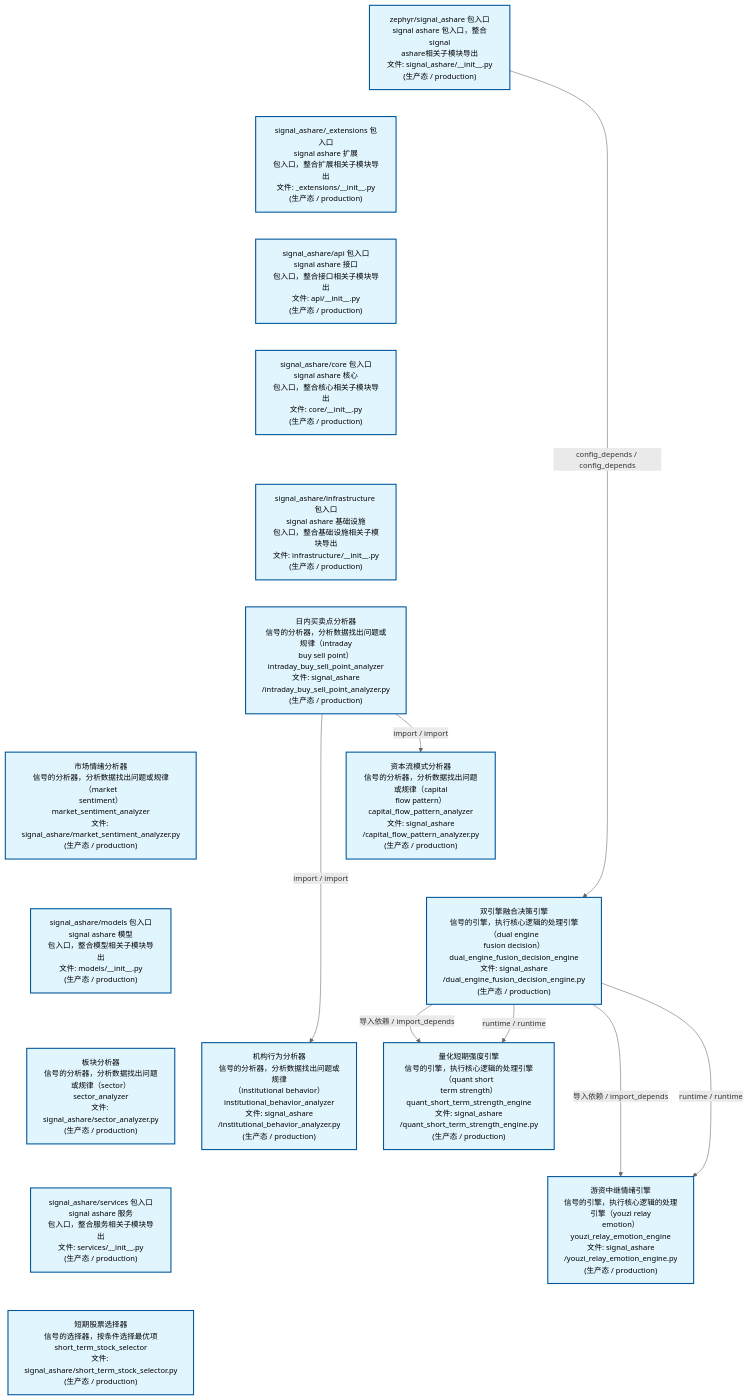
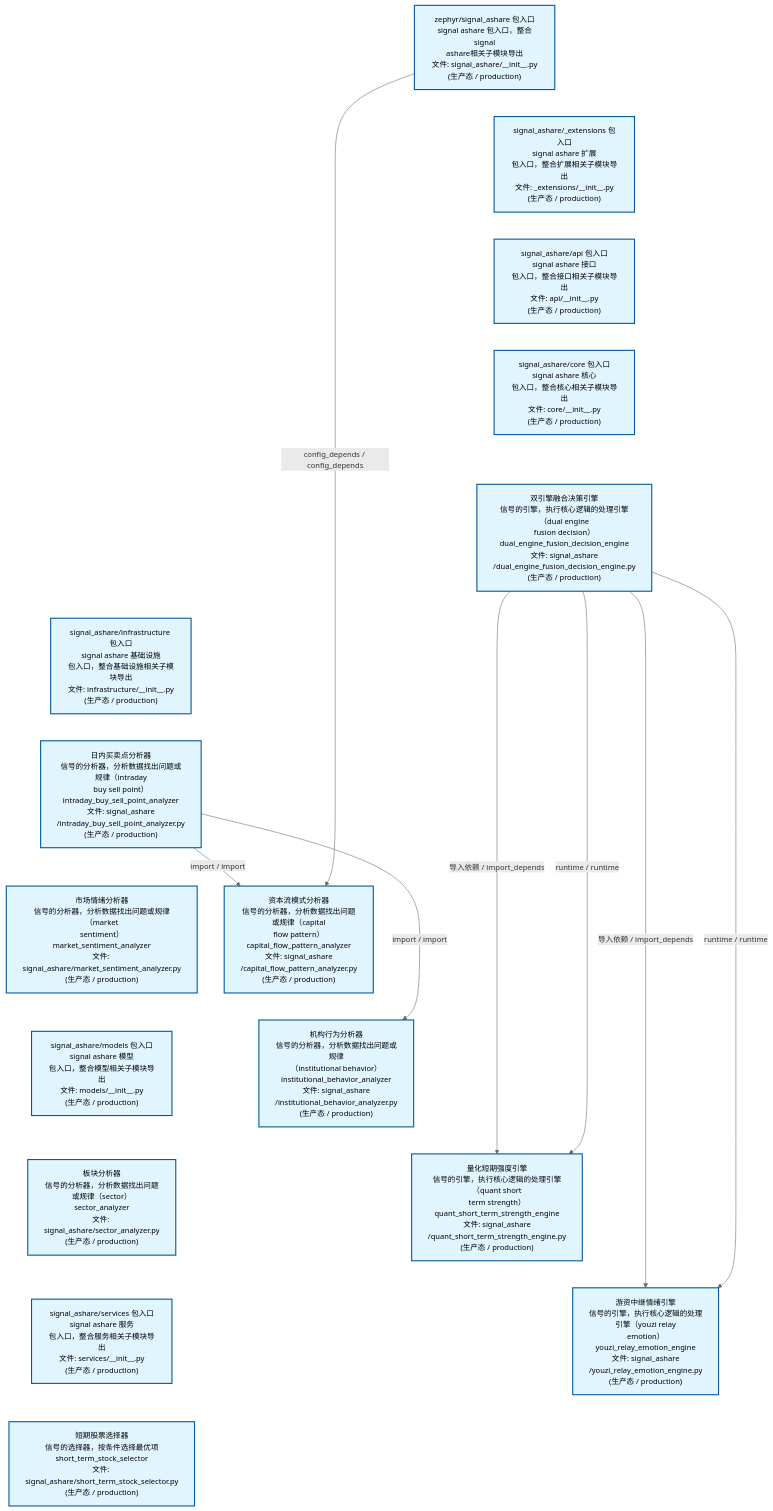
One commit to xuanFelixVan/ZephyrAlpha changed the second of 4 diagrams in docs/02_enterprise_architecture/02_domain_architecture_docs/32_d_ashare_signal.md. Above: the diagram before and after it, drawn with Mermaid. The commit also changed other lines of this file and 69 other files, not shown here.

````diff
--- a/docs/02_enterprise_architecture/02_domain_architecture_docs/32_d_ashare_signal.md
+++ b/docs/02_enterprise_architecture/02_domain_architecture_docs/32_d_ashare_signal.md
@@ -111,45 +114,46 @@
 ```mermaid
 %%{init: {'theme': 'base', 'themeVariables': {'primaryColor': '#eaeaea', 'primaryTextColor': '#333333', 'primaryBorderColor': '#666666', 'lineColor': '#666666', 'secondaryColor': '#eaeaea', 'tertiaryColor': '#eaeaea', 'fontSize': '14px'}}}%%
 flowchart TD
     src_zephyr_signal_ashare_init_py["zephyr/signal_ashare 包入口<br/>signal ashare 包入口，整合signal<br/>ashare相关子模块导出<br/>文件: signal_ashare/__init__.py<br/>(生产态 / production)"]
     src_zephyr_signal_ashare_extensions_init_py["signal_ashare/_extensions 包入口<br/>signal ashare 扩展<br/>包入口，整合扩展相关子模块导出<br/>文件: _extensions/__init__.py<br/>(生产态 / production)"]
     src_zephyr_signal_ashare_api_init_py["signal_ashare/api 包入口<br/>signal ashare 接口<br/>包入口，整合接口相关子模块导出<br/>文件: api/__init__.py<br/>(生产态 / production)"]
     src_zephyr_signal_ashare_core_init_py["signal_ashare/core 包入口<br/>signal ashare 核心<br/>包入口，整合核心相关子模块导出<br/>文件: core/__init__.py<br/>(生产态 / production)"]
+    src_zephyr_signal_ashare_dual_engine_fusion_decision_engine_py["双引擎融合决策引擎<br/>信号的引擎，执行核心逻辑的处理引擎（dual engine<br/>fusion decision）<br/>dual_engine_fusion_decision_engine<br/>文件: signal_ashare<br/>/dual_engine_fusion_decision_engine.py<br/>(生产态 / production)"]
     src_zephyr_signal_ashare_infrastructure_init_py["signal_ashare/infrastructure 包入口<br/>signal ashare 基础设施<br/>包入口，整合基础设施相关子模块导出<br/>文件: infrastructure/__init__.py<br/>(生产态 / production)"]
     src_zephyr_signal_ashare_intraday_buy_sell_point_analyzer_py["日内买卖点分析器<br/>信号的分析器，分析数据找出问题或规律（intraday<br/>buy sell point）<br/>intraday_buy_sell_point_analyzer<br/>文件: signal_ashare<br/>/intraday_buy_sell_point_analyzer.py<br/>(生产态 / production)"]
     src_zephyr_signal_ashare_market_sentiment_analyzer_py["市场情绪分析器<br/>信号的分析器，分析数据找出问题或规律（market<br/>sentiment）<br/>market_sentiment_analyzer<br/>文件: signal_ashare/market_sentiment_analyzer.py<br/>(生产态 / production)"]
     src_zephyr_signal_ashare_models_init_py["signal_ashare/models 包入口<br/>signal ashare 模型<br/>包入口，整合模型相关子模块导出<br/>文件: models/__init__.py<br/>(生产态 / production)"]
     src_zephyr_signal_ashare_sector_analyzer_py["板块分析器<br/>信号的分析器，分析数据找出问题或规律（sector）<br/>sector_analyzer<br/>文件: signal_ashare/sector_analyzer.py<br/>(生产态 / production)"]
     src_zephyr_signal_ashare_services_init_py["signal_ashare/services 包入口<br/>signal ashare 服务<br/>包入口，整合服务相关子模块导出<br/>文件: services/__init__.py<br/>(生产态 / production)"]
     src_zephyr_signal_ashare_short_term_stock_selector_py["短期股票选择器<br/>信号的选择器，按条件选择最优项<br/>short_term_stock_selector<br/>文件: signal_ashare/short_term_stock_selector.py<br/>(生产态 / production)"]
     src_zephyr_signal_ashare_init_py ~~~ src_zephyr_signal_ashare_extensions_init_py
     src_zephyr_signal_ashare_extensions_init_py ~~~ src_zephyr_signal_ashare_api_init_py
     src_zephyr_signal_ashare_api_init_py ~~~ src_zephyr_signal_ashare_core_init_py
-    src_zephyr_signal_ashare_core_init_py ~~~ src_zephyr_signal_ashare_infrastructure_init_py
+    src_zephyr_signal_ashare_core_init_py ~~~ src_zephyr_signal_ashare_dual_engine_fusion_decision_engine_py
+    src_zephyr_signal_ashare_dual_engine_fusion_decision_engine_py ~~~ src_zephyr_signal_ashare_infrastructure_init_py
     src_zephyr_signal_ashare_infrastructure_init_py ~~~ src_zephyr_signal_ashare_intraday_buy_sell_point_analyzer_py
     src_zephyr_signal_ashare_intraday_buy_sell_point_analyzer_py ~~~ src_zephyr_signal_ashare_market_sentiment_analyzer_py
     src_zephyr_signal_ashare_market_sentiment_analyzer_py ~~~ src_zephyr_signal_ashare_models_init_py
     src_zephyr_signal_ashare_models_init_py ~~~ src_zephyr_signal_ashare_sector_analyzer_py
     src_zephyr_signal_ashare_sector_analyzer_py ~~~ src_zephyr_signal_ashare_services_init_py
     src_zephyr_signal_ashare_services_init_py ~~~ src_zephyr_signal_ashare_short_term_stock_selector_py
     src_zephyr_signal_ashare_capital_flow_pattern_analyzer_py["资本流模式分析器<br/>信号的分析器，分析数据找出问题或规律（capital<br/>flow pattern）<br/>capital_flow_pattern_analyzer<br/>文件: signal_ashare<br/>/capital_flow_pattern_analyzer.py<br/>(生产态 / production)"]
-    src_zephyr_signal_ashare_dual_engine_fusion_decision_engine_py["双引擎融合决策引擎<br/>信号的引擎，执行核心逻辑的处理引擎（dual engine<br/>fusion decision）<br/>dual_engine_fusion_decision_engine<br/>文件: signal_ashare<br/>/dual_engine_fusion_decision_engine.py<br/>(生产态 / production)"]
     src_zephyr_signal_ashare_institutional_behavior_analyzer_py["机构行为分析器<br/>信号的分析器，分析数据找出问题或规律<br/>（institutional behavior）<br/>institutional_behavior_analyzer<br/>文件: signal_ashare<br/>/institutional_behavior_analyzer.py<br/>(生产态 / production)"]
-    src_zephyr_signal_ashare_capital_flow_pattern_analyzer_py ~~~ src_zephyr_signal_ashare_dual_engine_fusion_decision_engine_py
-    src_zephyr_signal_ashare_dual_engine_fusion_decision_engine_py ~~~ src_zephyr_signal_ashare_institutional_behavior_analyzer_py
     src_zephyr_signal_ashare_quant_short_term_strength_engine_py["量化短期强度引擎<br/>信号的引擎，执行核心逻辑的处理引擎（quant short<br/>term strength）<br/>quant_short_term_strength_engine<br/>文件: signal_ashare<br/>/quant_short_term_strength_engine.py<br/>(生产态 / production)"]
     src_zephyr_signal_ashare_youzi_relay_emotion_engine_py["游资中继情绪引擎<br/>信号的引擎，执行核心逻辑的处理引擎（youzi relay<br/>emotion）<br/>youzi_relay_emotion_engine<br/>文件: signal_ashare<br/>/youzi_relay_emotion_engine.py<br/>(生产态 / production)"]
+    src_zephyr_signal_ashare_capital_flow_pattern_analyzer_py ~~~ src_zephyr_signal_ashare_institutional_behavior_analyzer_py
+    src_zephyr_signal_ashare_institutional_behavior_analyzer_py ~~~ src_zephyr_signal_ashare_quant_short_term_strength_engine_py
     src_zephyr_signal_ashare_quant_short_term_strength_engine_py ~~~ src_zephyr_signal_ashare_youzi_relay_emotion_engine_py
+    src_zephyr_signal_ashare_dual_engine_fusion_decision_engine_py -->|导入依赖 / import_depends| src_zephyr_signal_ashare_youzi_relay_emotion_engine_py
+    src_zephyr_signal_ashare_dual_engine_fusion_decision_engine_py -->|runtime / runtime| src_zephyr_signal_ashare_youzi_relay_emotion_engine_py
     src_zephyr_signal_ashare_dual_engine_fusion_decision_engine_py -->|导入依赖 / import_depends| src_zephyr_signal_ashare_quant_short_term_strength_engine_py
     src_zephyr_signal_ashare_dual_engine_fusion_decision_engine_py -->|runtime / runtime| src_zephyr_signal_ashare_quant_short_term_strength_engine_py
-    src_zephyr_signal_ashare_dual_engine_fusion_decision_engine_py -->|导入依赖 / import_depends| src_zephyr_signal_ashare_youzi_relay_emotion_engine_py
-    src_zephyr_signal_ashare_dual_engine_fusion_decision_engine_py -->|runtime / runtime| src_zephyr_signal_ashare_youzi_relay_emotion_engine_py
     src_zephyr_signal_ashare_intraday_buy_sell_point_analyzer_py -->|import / import| src_zephyr_signal_ashare_capital_flow_pattern_analyzer_py
     src_zephyr_signal_ashare_intraday_buy_sell_point_analyzer_py -->|import / import| src_zephyr_signal_ashare_institutional_behavior_analyzer_py
-    src_zephyr_signal_ashare_init_py -->|config_depends / config_depends| src_zephyr_signal_ashare_dual_engine_fusion_decision_engine_py
+    src_zephyr_signal_ashare_init_py -->|config_depends / config_depends| src_zephyr_signal_ashare_capital_flow_pattern_analyzer_py
     classDef production fill:#e1f5fe,stroke:#01579b,stroke-width:2px,color:#000
     classDef design fill:#fff3e0,stroke:#e65100,stroke-width:2px,color:#000,stroke-dasharray: 5 5
     classDef external_prod fill:#e8f4fd,stroke:#0277bd,stroke-width:1px,color:#000
     classDef external_design fill:#fff8e7,stroke:#ef6c00,stroke-width:1px,color:#000,stroke-dasharray: 5 5
     class src_zephyr_signal_ashare_init_py,src_zephyr_signal_ashare_extensions_init_py,src_zephyr_signal_ashare_api_init_py,src_zephyr_signal_ashare_capital_flow_pattern_analyzer_py,src_zephyr_signal_ashare_core_init_py,src_zephyr_signal_ashare_dual_engine_fusion_decision_engine_py,src_zephyr_signal_ashare_infrastructure_init_py,src_zephyr_signal_ashare_institutional_behavior_analyzer_py,src_zephyr_signal_ashare_intraday_buy_sell_point_analyzer_py,src_zephyr_signal_ashare_market_sentiment_analyzer_py,src_zephyr_signal_ashare_models_init_py,src_zephyr_signal_ashare_quant_short_term_strength_engine_py,src_zephyr_signal_ashare_sector_analyzer_py,src_zephyr_signal_ashare_services_init_py,src_zephyr_signal_ashare_short_term_stock_selector_py,src_zephyr_signal_ashare_youzi_relay_emotion_engine_py production
 ```
````
